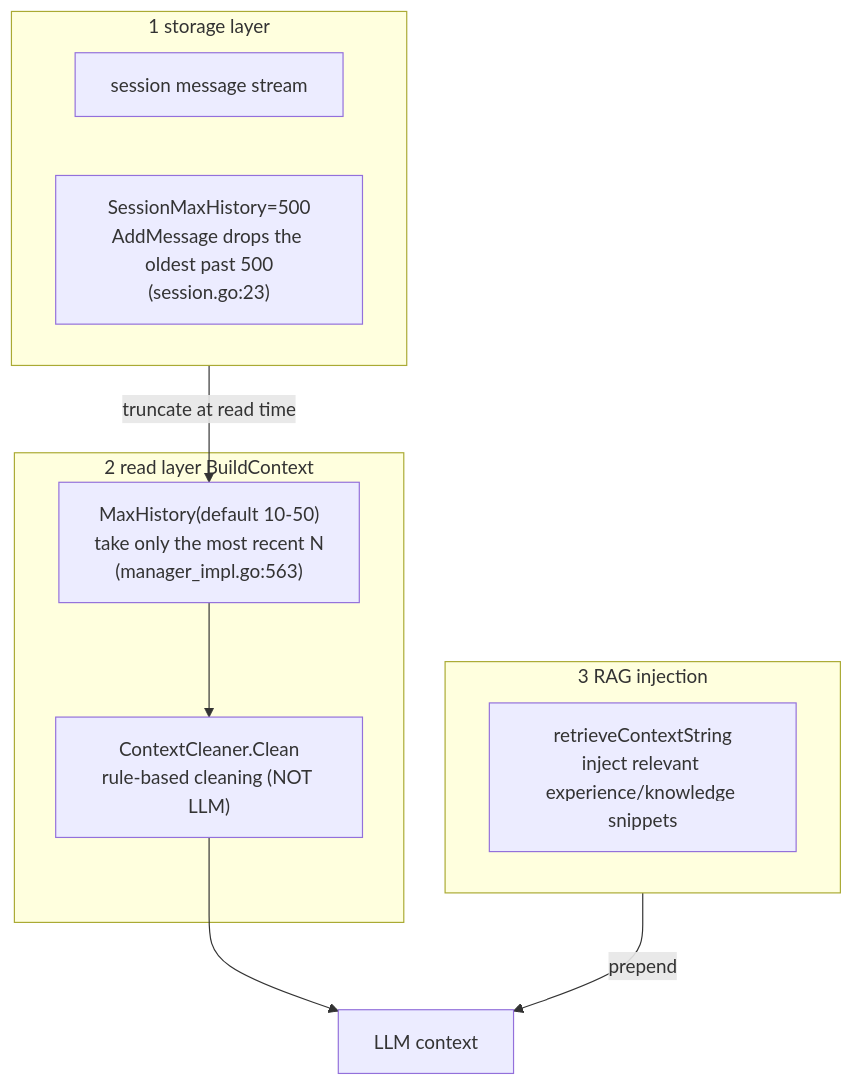
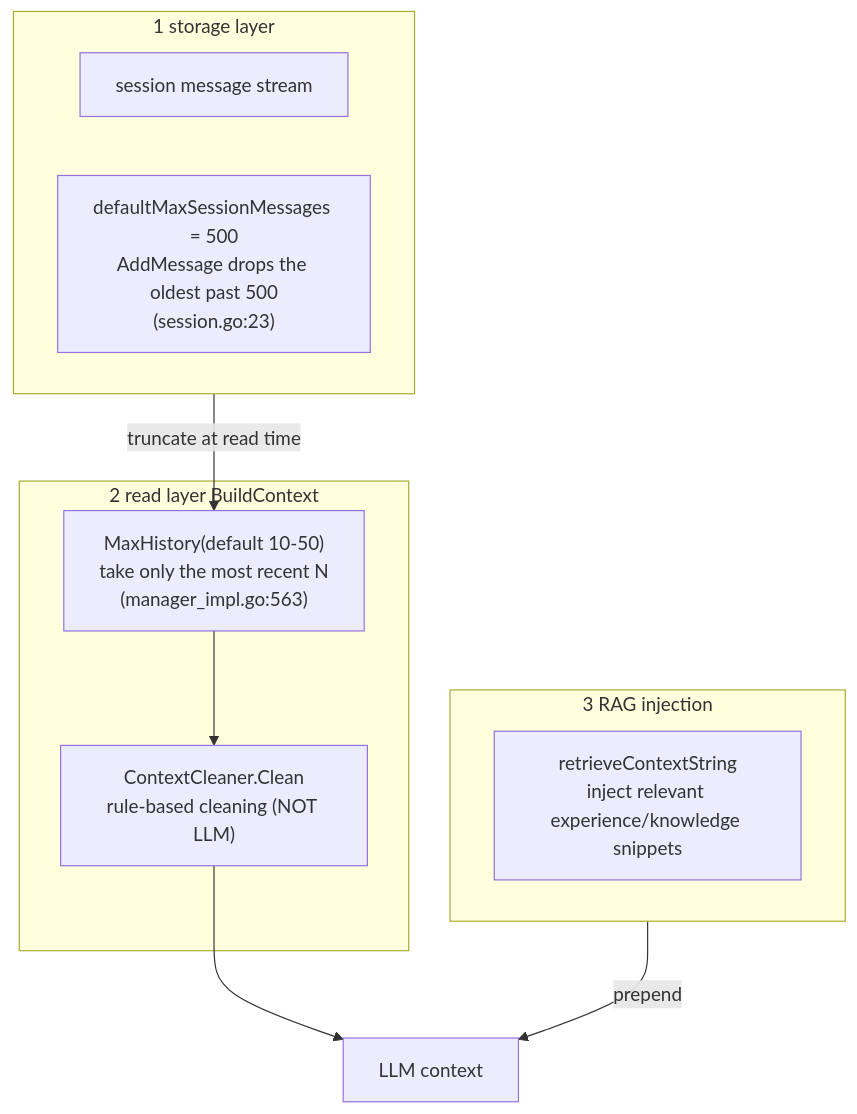
Before and after one commit to Timwood0x10/ARES: diagram 26 of 26 in docs/system-internals.en.md, drawn with Mermaid. The commit also changed other lines of this file and 2 other files, not shown here.

First line of the commit message:
docs: separate the configured history cap from the hard 500 and stop calling 0.3.5 work in progress

````diff
--- a/docs/system-internals.en.md
+++ b/docs/system-internals.en.md
@@ -2325,18 +2325,18 @@
 ```mermaid
 flowchart TB
     subgraph store[1 storage layer]
         m[session message stream]
-        c["SessionMaxHistory=500<br/>AddMessage drops the oldest past 500<br/>(session.go:23)"]
+        c["defaultMaxSessionMessages = 500<br/>AddMessage drops the oldest past 500<br/>(session.go:23)"]
     end
     subgraph read[2 read layer BuildContext]
         w["MaxHistory(default 10-50)<br/>take only the most recent N<br/>(manager_impl.go:563)"]
         cl["ContextCleaner.Clean<br/>rule-based cleaning (NOT LLM)"]
     end
     subgraph rag[3 RAG injection]
         r["retrieveContextString<br/>inject relevant experience/knowledge snippets"]
     end
     store -->|truncate at read time| w
     w --> cl
     cl --> out[LLM context]
     rag -->|prepend| out
 ```
````
